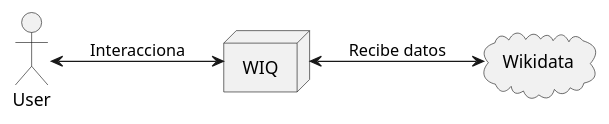
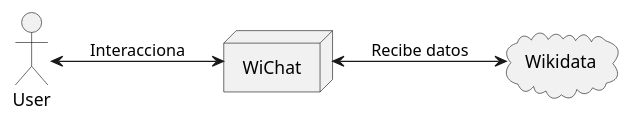
One commit to Arquisoft/wichat_es5b changed the first of 2 diagrams in docs/src/05_building_block_view.adoc. Above: the diagram before and after it, drawn with PlantUML. The commit also changed other lines of this file, not shown here.

```diff
--- a/docs/src/05_building_block_view.adoc
+++ b/docs/src/05_building_block_view.adoc
@@ -72,19 +72,19 @@
 [plantuml,"Vision general",png]
 ----
 @startuml
 skinparam monochrome true
 left to right direction
 
 actor "User"
 
-node "WIQ" {
+node "WiChat" {
 }
 
 cloud "Wikidata" {
 }
 
-"User" <--> "WIQ" : Interacciona
-"WIQ" <--> "Wikidata" : Recibe datos
+"User" <--> "WiChat" : Interacciona
+"WiChat" <--> "Wikidata" : Recibe datos
 
 @enduml
 ----
```
